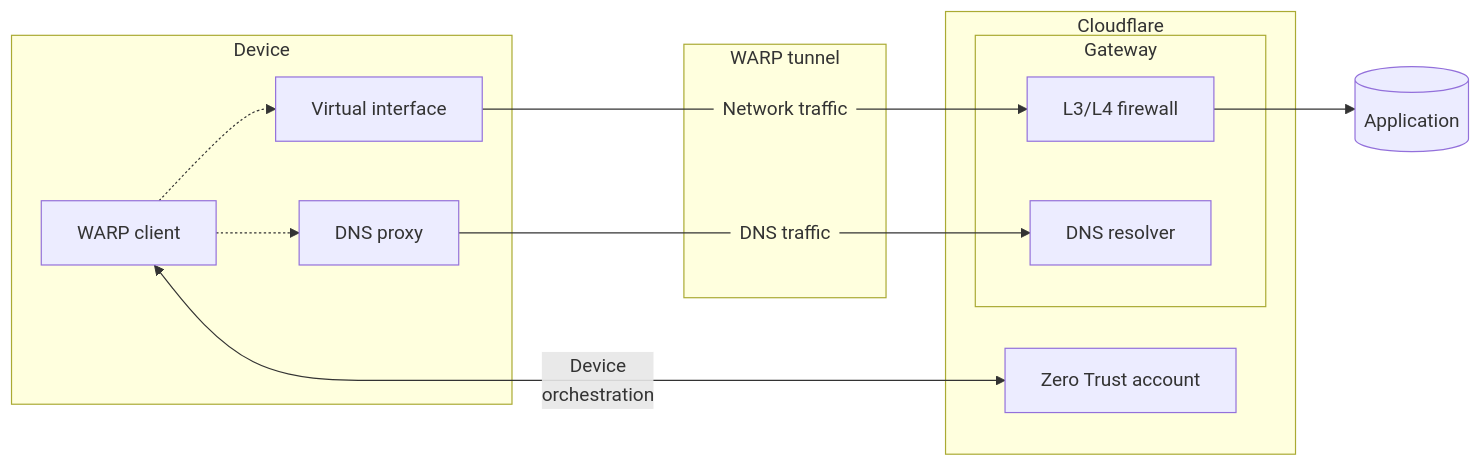
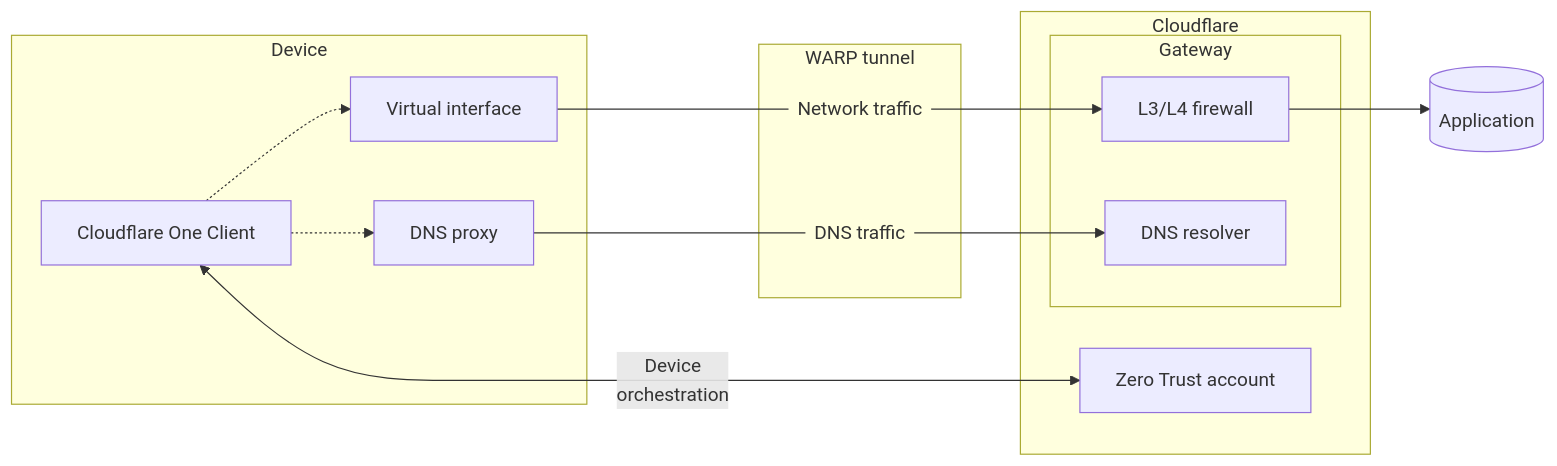
The first of 3 diagrams in src/content/docs/cloudflare-one/team-and-resources/devices/cloudflare-one-client/configure/route-traffic/client-architecture.mdx (rdhanarot/cloudflare-docs), drawn with Mermaid before and after one commit. The commit also changed other lines of this file and 22 other files, not shown here.

First line of the commit message:
[ZT] WARP Client --> Cloudflare One Client image audit (#29104)

````diff
--- a/src/content/docs/cloudflare-one/team-and-resources/devices/cloudflare-one-client/configure/route-traffic/client-architecture.mdx
+++ b/src/content/docs/cloudflare-one/team-and-resources/devices/cloudflare-one-client/configure/route-traffic/client-architecture.mdx
@@ -27,24 +27,24 @@
 ```mermaid
 flowchart LR
 subgraph Device
-W[WARP client] -.-> D
+W[Cloudflare One Client] -.-> D
 D[DNS proxy]
 W -.-> V[Virtual interface]
 end
 subgraph Cloudflare
 A[Zero Trust account]
 subgraph Gateway
 N[L3/L4 firewall]
 G[DNS resolver]
 end
 end
 W<--"Device
 orchestration"-->A
 subgraph tunnel["WARP tunnel"]
  ip@{ shape: text, label: "Network traffic" }
   dns@{ shape: text, label: "DNS traffic" }
 end
 V --- ip-->N
 D --- dns-->G
 N --> O[(Application)]
 ```
````
